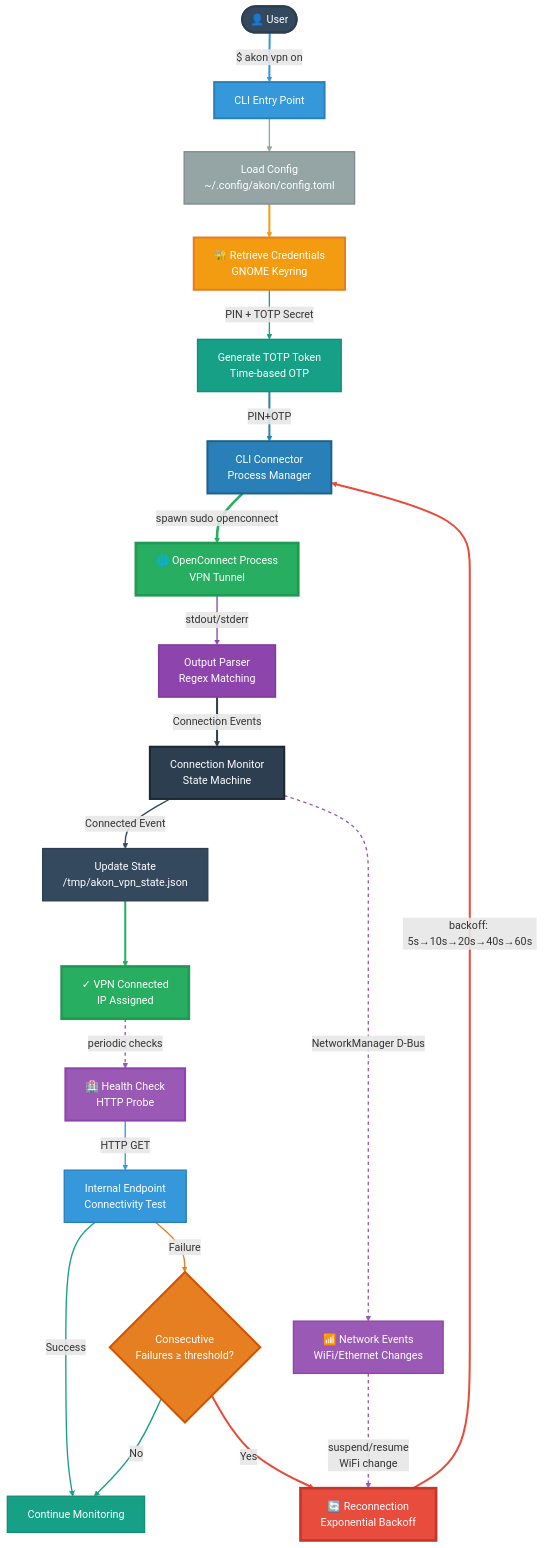
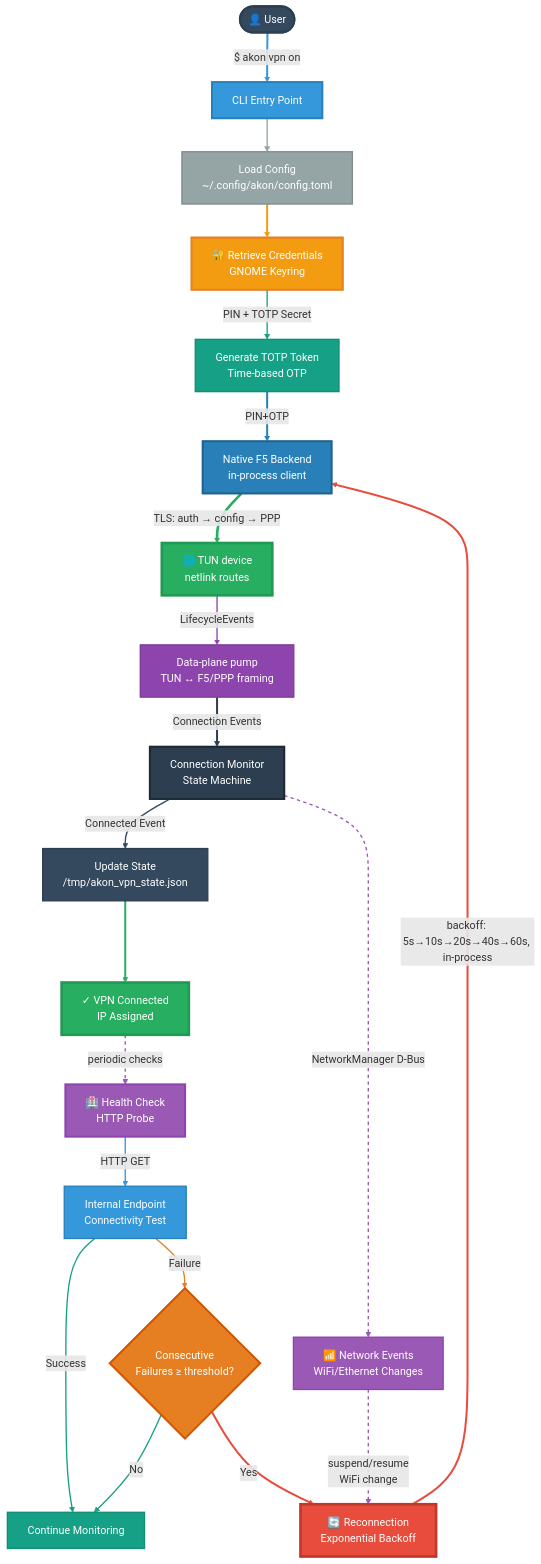
The diagram in README.md (vcwild/akon), drawn with Mermaid before and after one commit. The commit also changed other lines of this file and 90 other files, not shown here.

First line of the commit message:
feat!: native F5 VPN backend; remove openconnect (v2.0.0) (#19)

````diff
--- a/README.md
+++ b/README.md
@@ -257,70 +367,70 @@
 ```mermaid
 flowchart TB
     User([👤 User]) -->|$ akon vpn on| CLI[CLI Entry Point]
 
     CLI --> Config[Load Config<br/>~/.config/akon/config.toml]
     Config --> Keyring[🔐 Retrieve Credentials<br/>GNOME Keyring]
 
     Keyring -->|PIN + TOTP Secret| TOTP[Generate TOTP Token<br/>Time-based OTP]
-    TOTP -->|PIN+OTP| Connector[CLI Connector<br/>Process Manager]
+    TOTP -->|PIN+OTP| Connector[Native F5 Backend<br/>in-process client]
 
-    Connector -->|spawn sudo openconnect| OC[🌐 OpenConnect Process<br/>VPN Tunnel]
+    Connector -->|TLS: auth → config → PPP| OC[🌐 TUN device<br/>netlink routes]
 
-    OC -->|stdout/stderr| Parser[Output Parser<br/>Regex Matching]
+    OC -->|LifecycleEvents| Parser[Data-plane pump<br/>TUN ↔ F5/PPP framing]
     Parser -->|Connection Events| Monitor[Connection Monitor<br/>State Machine]
 
     Monitor -->|Connected Event| State[Update State<br/>/tmp/akon_vpn_state.json]
     State --> Success[✓ VPN Connected<br/>IP Assigned]
 
     Success -.->|periodic checks| Health[🏥 Health Check<br/>HTTP Probe]
     Health -->|HTTP GET| Endpoint[Internal Endpoint<br/>Connectivity Test]
 
     Endpoint -->|Success| Continue[Continue Monitoring]
     Endpoint -->|Failure| Threshold{Consecutive<br/>Failures ≥ threshold?}
 
     Threshold -->|No| Continue
     Threshold -->|Yes| Reconnect[🔄 Reconnection<br/>Exponential Backoff]
 
     Monitor -.->|NetworkManager D-Bus| NM[📶 Network Events<br/>WiFi/Ethernet Changes]
     NM -.->|suspend/resume<br/>WiFi change| Reconnect
 
-    Reconnect -->|backoff: 5s→10s→20s→40s→60s| Connector
+    Reconnect -->|backoff: 5s→10s→20s→40s→60s, in-process| Connector
 
     style User fill:#34495e,stroke:#2c3e50,stroke-width:3px,color:#fff
     style CLI fill:#3498db,stroke:#2980b9,stroke-width:3px,color:#fff
     style Config fill:#95a5a6,stroke:#7f8c8d,stroke-width:2px,color:#fff
     style Keyring fill:#f39c12,stroke:#e67e22,stroke-width:3px,color:#fff
     style TOTP fill:#16a085,stroke:#138d75,stroke-width:2px,color:#fff
     style Connector fill:#2980b9,stroke:#1f618d,stroke-width:3px,color:#fff
     style OC fill:#27ae60,stroke:#229954,stroke-width:4px,color:#fff
     style Parser fill:#8e44ad,stroke:#7d3c98,stroke-width:2px,color:#fff
     style Monitor fill:#2c3e50,stroke:#1c2833,stroke-width:3px,color:#fff
     style State fill:#34495e,stroke:#2c3e50,stroke-width:2px,color:#fff
     style Success fill:#27ae60,stroke:#229954,stroke-width:4px,color:#fff
     style Health fill:#9b59b6,stroke:#8e44ad,stroke-width:3px,color:#fff
     style Endpoint fill:#3498db,stroke:#2980b9,stroke-width:2px,color:#fff
     style Continue fill:#16a085,stroke:#138d75,stroke-width:2px,color:#fff
     style Threshold fill:#e67e22,stroke:#d35400,stroke-width:3px,color:#fff
     style Reconnect fill:#e74c3c,stroke:#c0392b,stroke-width:4px,color:#fff
     style NM fill:#9b59b6,stroke:#8e44ad,stroke-width:2px,color:#fff
 
     linkStyle 0 stroke:#3498db,stroke-width:3px
     linkStyle 1 stroke:#95a5a6,stroke-width:2px
     linkStyle 2 stroke:#f39c12,stroke-width:3px
     linkStyle 3 stroke:#16a085,stroke-width:2px
     linkStyle 4 stroke:#2980b9,stroke-width:3px
     linkStyle 5 stroke:#27ae60,stroke-width:4px
     linkStyle 6 stroke:#8e44ad,stroke-width:2px
     linkStyle 7 stroke:#2c3e50,stroke-width:3px
     linkStyle 8 stroke:#34495e,stroke-width:2px
     linkStyle 9 stroke:#27ae60,stroke-width:3px
     linkStyle 10 stroke:#9b59b6,stroke-width:2px,stroke-dasharray: 5 5
     linkStyle 11 stroke:#3498db,stroke-width:2px
     linkStyle 12 stroke:#16a085,stroke-width:2px
     linkStyle 13 stroke:#e67e22,stroke-width:2px
     linkStyle 14 stroke:#16a085,stroke-width:2px
     linkStyle 15 stroke:#e74c3c,stroke-width:3px
     linkStyle 16 stroke:#9b59b6,stroke-width:2px,stroke-dasharray: 5 5
     linkStyle 17 stroke:#9b59b6,stroke-width:2px,stroke-dasharray: 5 5
     linkStyle 18 stroke:#e74c3c,stroke-width:3px
 ```
````
